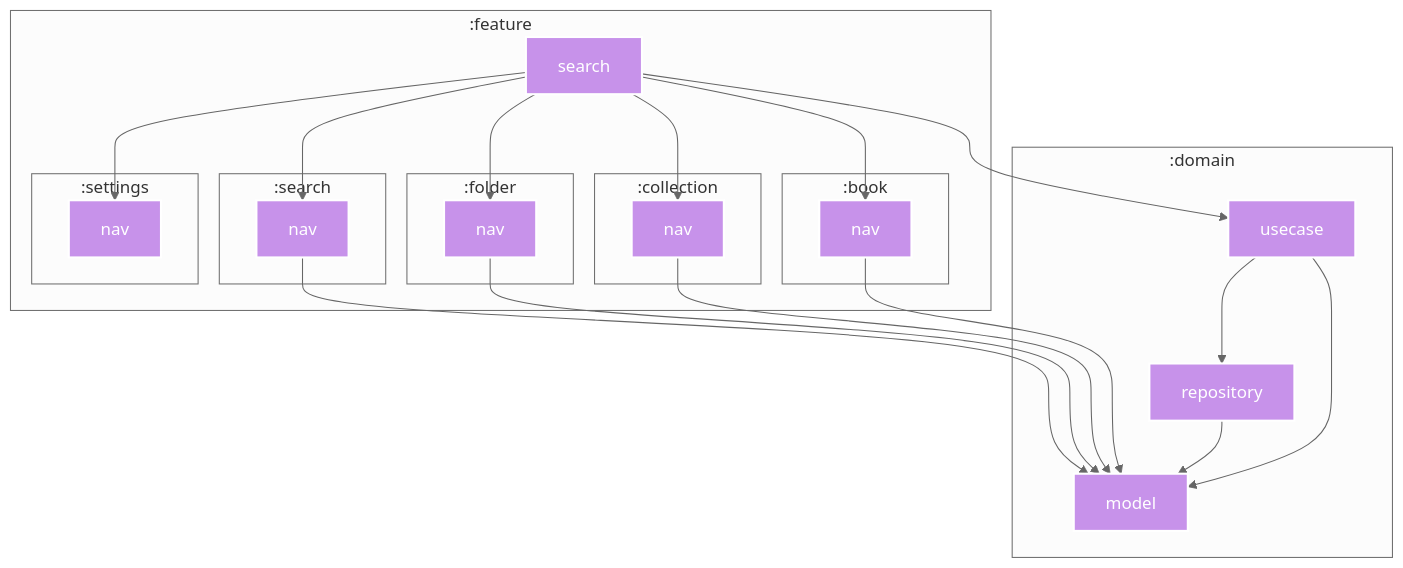
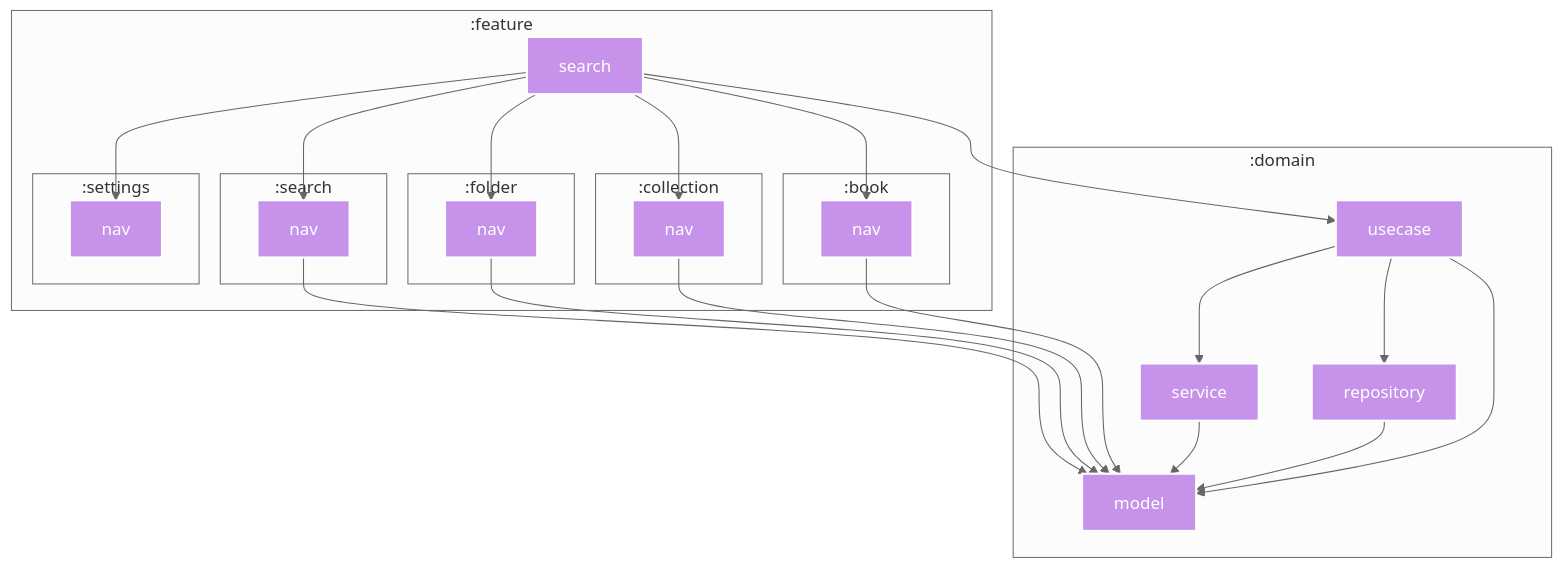
Before and after one commit to SorrowBlue/ComicViewer: the diagram in feature/search/README.md, drawn with Mermaid. The commit also changed 41 other files, not shown here.

First line of the commit message:
refactor(domain): extract file sort logic to domain service (#1397)

````diff
--- a/feature/search/README.md
+++ b/feature/search/README.md
@@ -5,65 +5,70 @@
 ```mermaid
 %%{
   init: {
     'theme': 'neutral'
   }
 }%%
 
 graph TB
   subgraph :domain
     :domain:usecase["usecase"]
     :domain:model["model"]
     :domain:repository["repository"]
+    :domain:service["service"]
+    :domain:service["service"]
     :domain:model["model"]
     :domain:repository["repository"]
     :domain:usecase["usecase"]
   end
   subgraph :feature
     :feature:search["search"]
     subgraph :folder
       :feature:folder:nav["nav"]
       :feature:folder:nav["nav"]
     end
     subgraph :book
       :feature:book:nav["nav"]
       :feature:book:nav["nav"]
     end
     subgraph :collection
       :feature:collection:nav["nav"]
       :feature:collection:nav["nav"]
     end
     subgraph :search
       :feature:search:nav["nav"]
       :feature:search:nav["nav"]
     end
     subgraph :settings
       :feature:settings:nav["nav"]
     end
   end
 
   :domain:usecase --> :domain:model
   :domain:usecase --> :domain:repository
+  :domain:usecase --> :domain:service
+  :domain:service --> :domain:model
   :feature:folder:nav --> :domain:model
   :feature:book:nav --> :domain:model
   :feature:collection:nav --> :domain:model
   :domain:repository --> :domain:model
   :feature:search:nav --> :domain:model
   :feature:search --> :domain:usecase
   :feature:search --> :feature:book:nav
   :feature:search --> :feature:collection:nav
   :feature:search --> :feature:folder:nav
   :feature:search --> :feature:search:nav
   :feature:search --> :feature:settings:nav
 
 classDef kotlin-multiplatform fill:#C792EA,stroke:#fff,stroke-width:2px,color:#fff;
 class :domain:usecase kotlin-multiplatform
 class :domain:model kotlin-multiplatform
 class :domain:repository kotlin-multiplatform
+class :domain:service kotlin-multiplatform
 class :feature:folder:nav kotlin-multiplatform
 class :feature:book:nav kotlin-multiplatform
 class :feature:collection:nav kotlin-multiplatform
 class :feature:search:nav kotlin-multiplatform
 class :feature:search kotlin-multiplatform
 class :feature:settings:nav kotlin-multiplatform
 
 ```
````
